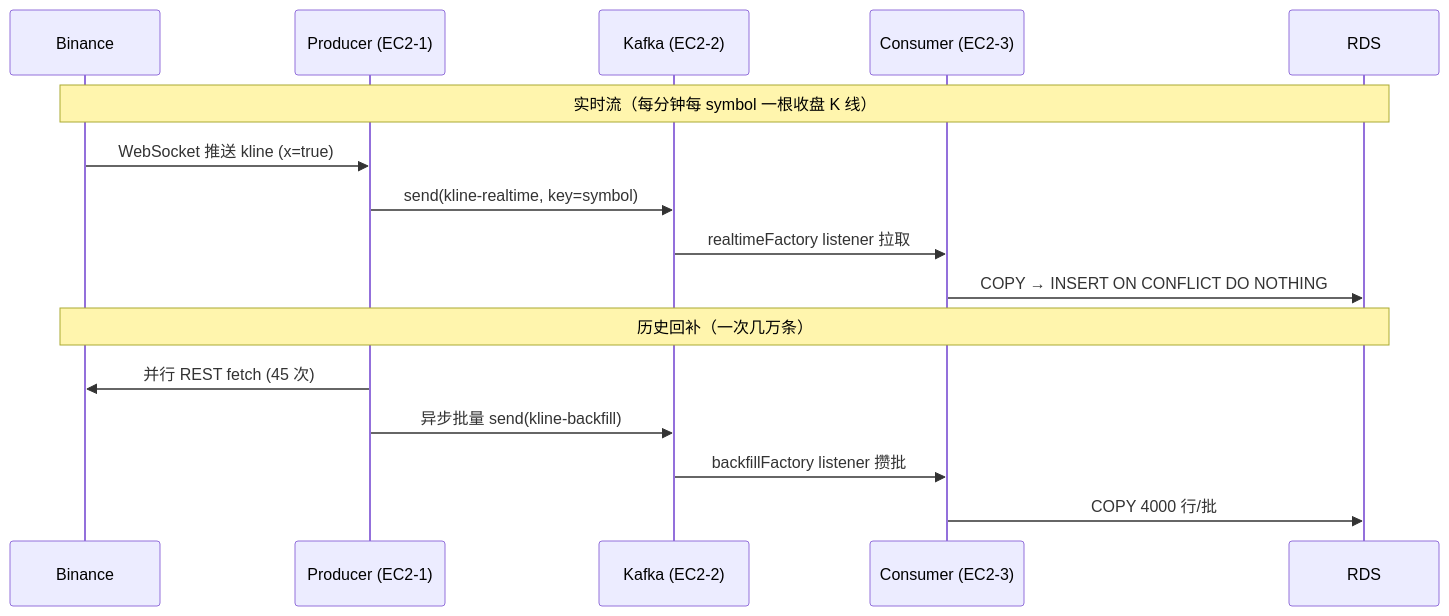
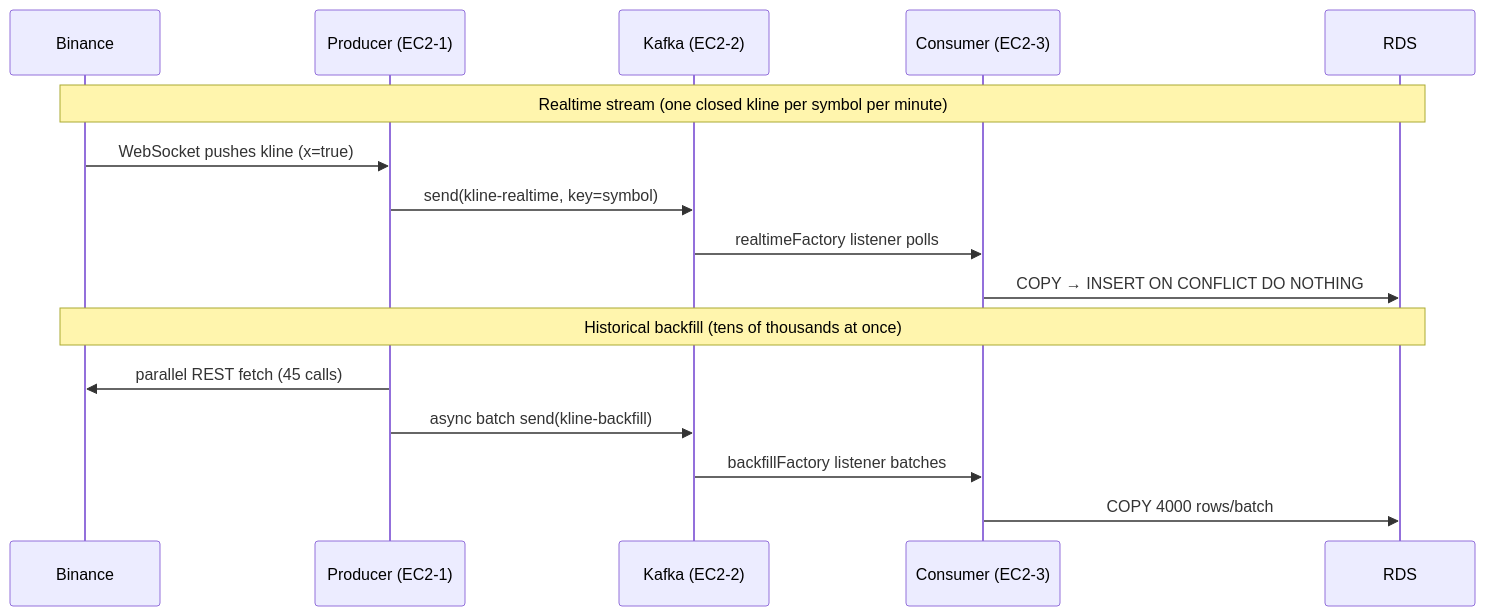
The second of 5 diagrams in README.md (azc2003/KlineLoaderProject), drawn with Mermaid before and after one commit. The commit also changed other lines of this file, not shown here.

````diff
--- a/README.md
+++ b/README.md
@@ -68,20 +68,20 @@
 ```mermaid
 sequenceDiagram
     participant B as Binance
     participant P as Producer (EC2-1)
     participant K as Kafka (EC2-2)
     participant C as Consumer (EC2-3)
     participant D as RDS
 
-    Note over B,D: 实时流（每分钟每 symbol 一根收盘 K 线）
-    B->>P: WebSocket 推送 kline (x=true)
+    Note over B,D: Realtime stream (one closed kline per symbol per minute)
+    B->>P: WebSocket pushes kline (x=true)
     P->>K: send(kline-realtime, key=symbol)
-    K->>C: realtimeFactory listener 拉取
+    K->>C: realtimeFactory listener polls
     C->>D: COPY → INSERT ON CONFLICT DO NOTHING
 
-    Note over B,D: 历史回补（一次几万条）
-    P->>B: 并行 REST fetch (45 次)
-    P->>K: 异步批量 send(kline-backfill)
-    K->>C: backfillFactory listener 攒批
-    C->>D: COPY 4000 行/批
+    Note over B,D: Historical backfill (tens of thousands at once)
+    P->>B: parallel REST fetch (45 calls)
+    P->>K: async batch send(kline-backfill)
+    K->>C: backfillFactory listener batches
+    C->>D: COPY 4000 rows/batch
 ```
````
